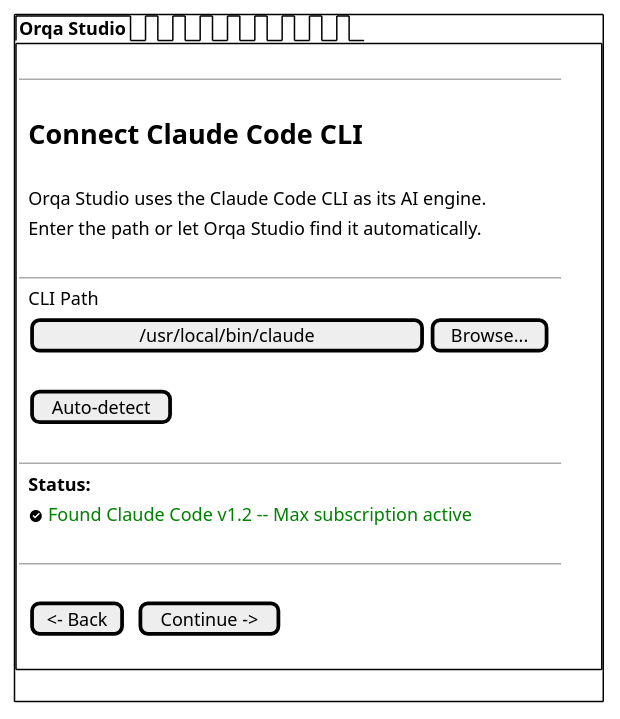
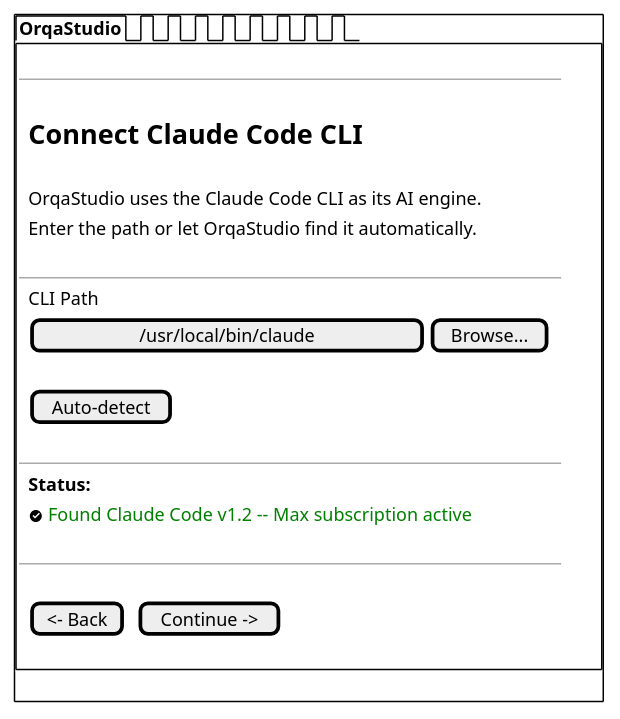
Before and after one commit to orqastudio/app: the fourth of 14 diagrams in docs/wireframes/settings-onboarding.md, drawn with PlantUML. The commit also changed other lines of this file and 177 other files, not shown here.

````diff
--- a/docs/wireframes/settings-onboarding.md
+++ b/docs/wireframes/settings-onboarding.md
@@ -190,34 +190,34 @@
 ```plantuml
 @startsalt
 {+
-  {/ <b>Orqa Studio</b> | . | . | . | . | . | . | . | . }
+  {/ <b>OrqaStudio</b> | . | . | . | . | . | . | . | . }
   {+
     {
       . | . | . | . | . | .
       ---
       .
       { . | <b><size:18>Connect Claude Code CLI</size></b> | . | . }
       .
-      { . | Orqa Studio uses the Claude Code CLI as its AI engine. | . | . }
-      { . | Enter the path or let Orqa Studio find it automatically. | . | . }
+      { . | OrqaStudio uses the Claude Code CLI as its AI engine. | . | . }
+      { . | Enter the path or let OrqaStudio find it automatically. | . | . }
       .
       ---
       { . | CLI Path | . | . }
       { . | [/usr/local/bin/claude           ] | [Browse...] | . }
       .
       { . | [Auto-detect] | . | . }
       .
       ---
       { . | <b>Status:</b> | . | . }
       { . | <&circle-check> <color:green>Found Claude Code v1.2 -- Max subscription active</color> | . | . }
       .
       ---
       .
       { . | [<- Back] | . | [Continue ->] | . }
       .
     }
   }
   { . | . | . | . | . | . | . | . | . }
 }
 @endsalt
 ```
````
